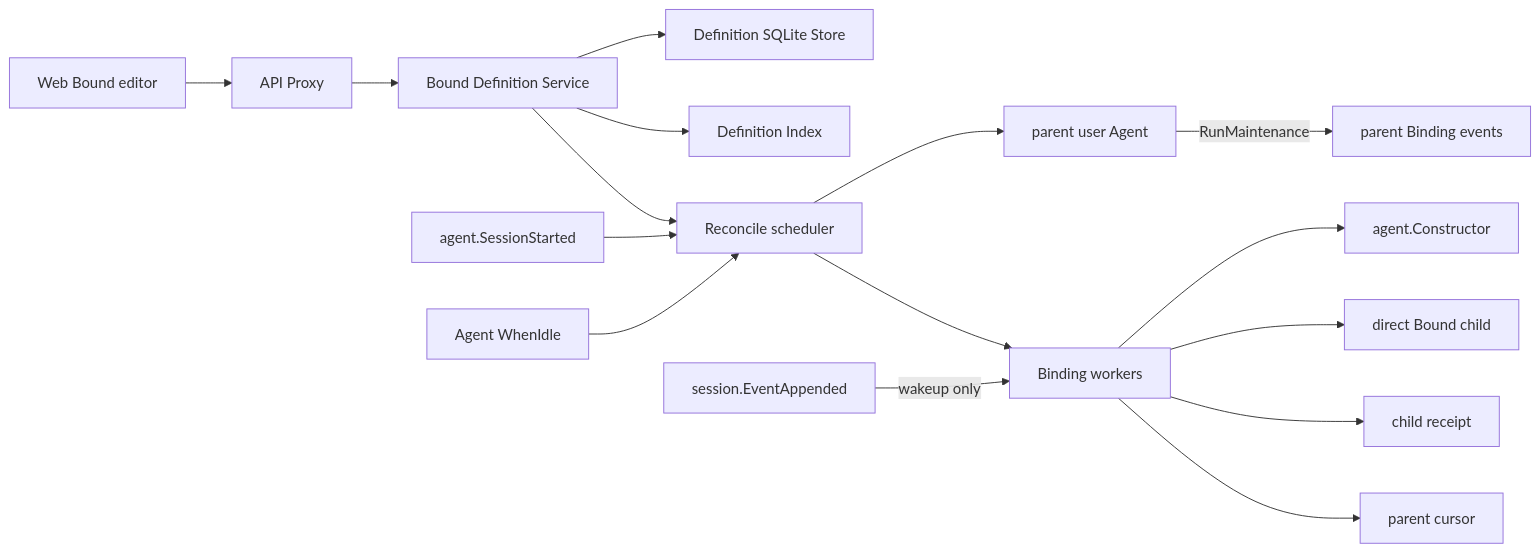
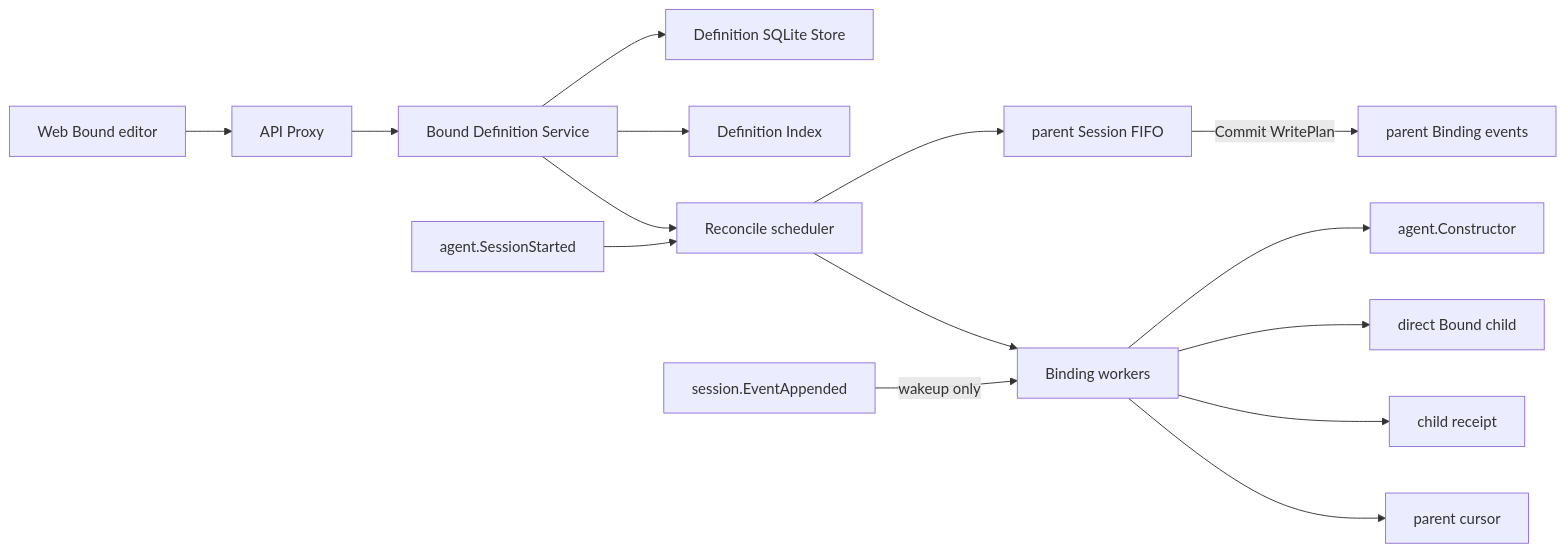
One commit to gorenx/goren changed the first of 2 diagrams in subagent/docs/parent-bound-design.zh-CN.md. Above: the diagram before and after it, drawn with Mermaid. The commit also changed other lines of this file and 16 other files, not shown here.

````diff
--- a/subagent/docs/parent-bound-design.zh-CN.md
+++ b/subagent/docs/parent-bound-design.zh-CN.md
@@ -21,18 +21,17 @@
 ```mermaid
 flowchart LR
     Web[Web Bound editor] --> API[API Proxy]
     API --> Definitions[Bound Definition Service]
     Definitions --> Store[Definition SQLite Store]
     Definitions --> Index[Definition Index]
     Definitions --> Reconcile[Reconcile scheduler]
     Started[agent.SessionStarted] --> Reconcile
-    Idle[Agent WhenIdle] --> Reconcile
-    Reconcile --> Parent[parent user Agent]
-    Parent -->|RunMaintenance| Bindings[parent Binding events]
+    Reconcile --> Parent[parent Session FIFO]
+    Parent -->|Commit WritePlan| Bindings[parent Binding events]
     Reconcile --> Workers[Binding workers]
     Workers --> Constructor[agent.Constructor]
     Workers --> Child[direct Bound child]
     Event[session.EventAppended] -->|wakeup only| Workers
     Workers --> Receipts[child receipt]
     Workers --> Cursor[parent cursor]
 ```
````
